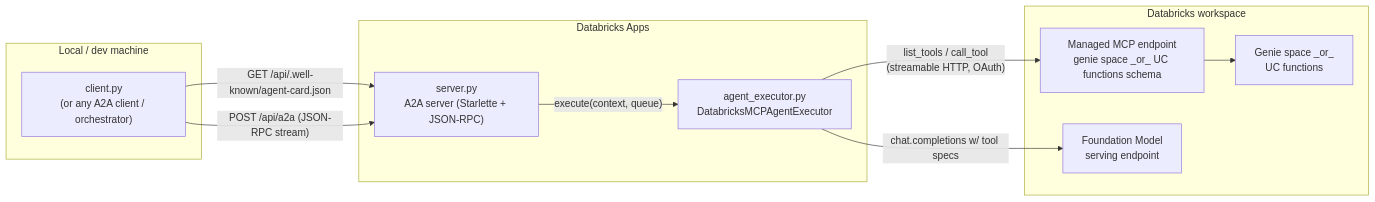
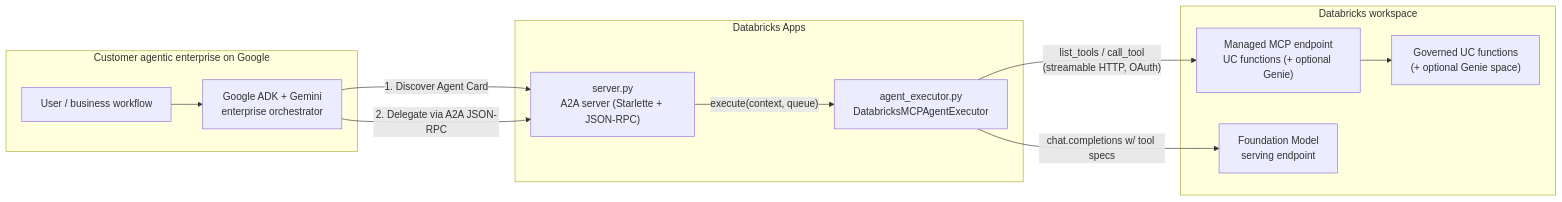
The first of 3 diagrams in README.md (sdonohoo-db/databricks-a2a-governed-services-demo), drawn with Mermaid before and after one commit. The commit also changed other lines of this file and 15 other files, not shown here.

Commit message:
Add Google ADK to Databricks A2A interoperability demo

````diff
--- a/README.md
+++ b/README.md
@@ -9,24 +11,26 @@
 ```mermaid
 flowchart LR
-    subgraph local["Local / dev machine"]
-        client["client.py<br/>(or any A2A client / orchestrator)"]
+    subgraph google["Customer agentic enterprise on Google"]
+        user["User / business workflow"]
+        client["Google ADK + Gemini<br/>enterprise orchestrator"]
+        user --> client
     end
 
     subgraph apps["Databricks Apps"]
         server["server.py<br/>A2A server (Starlette + JSON-RPC)"]
         executor["agent_executor.py<br/>DatabricksMCPAgentExecutor"]
         server -- "execute(context, queue)" --> executor
     end
 
     subgraph dbx["Databricks workspace"]
-        mcp["Managed MCP endpoint<br/>genie space _or_ UC functions schema"]
+        mcp["Managed MCP endpoint<br/>UC functions (+ optional Genie)"]
         llm["Foundation Model<br/>serving endpoint"]
-        backend["Genie space _or_<br/>UC functions"]
+        backend["Governed UC functions<br/>(+ optional Genie space)"]
     end
 
-    client -- "GET /api/.well-known/agent-card.json" --> server
-    client -- "POST /api/a2a (JSON-RPC stream)" --> server
+    client -- "1. Discover Agent Card" --> server
+    client -- "2. Delegate via A2A JSON-RPC" --> server
     executor -- "list_tools / call_tool<br/>(streamable HTTP, OAuth)" --> mcp
     executor -- "chat.completions w/ tool specs" --> llm
     mcp --> backend
 ```
````
